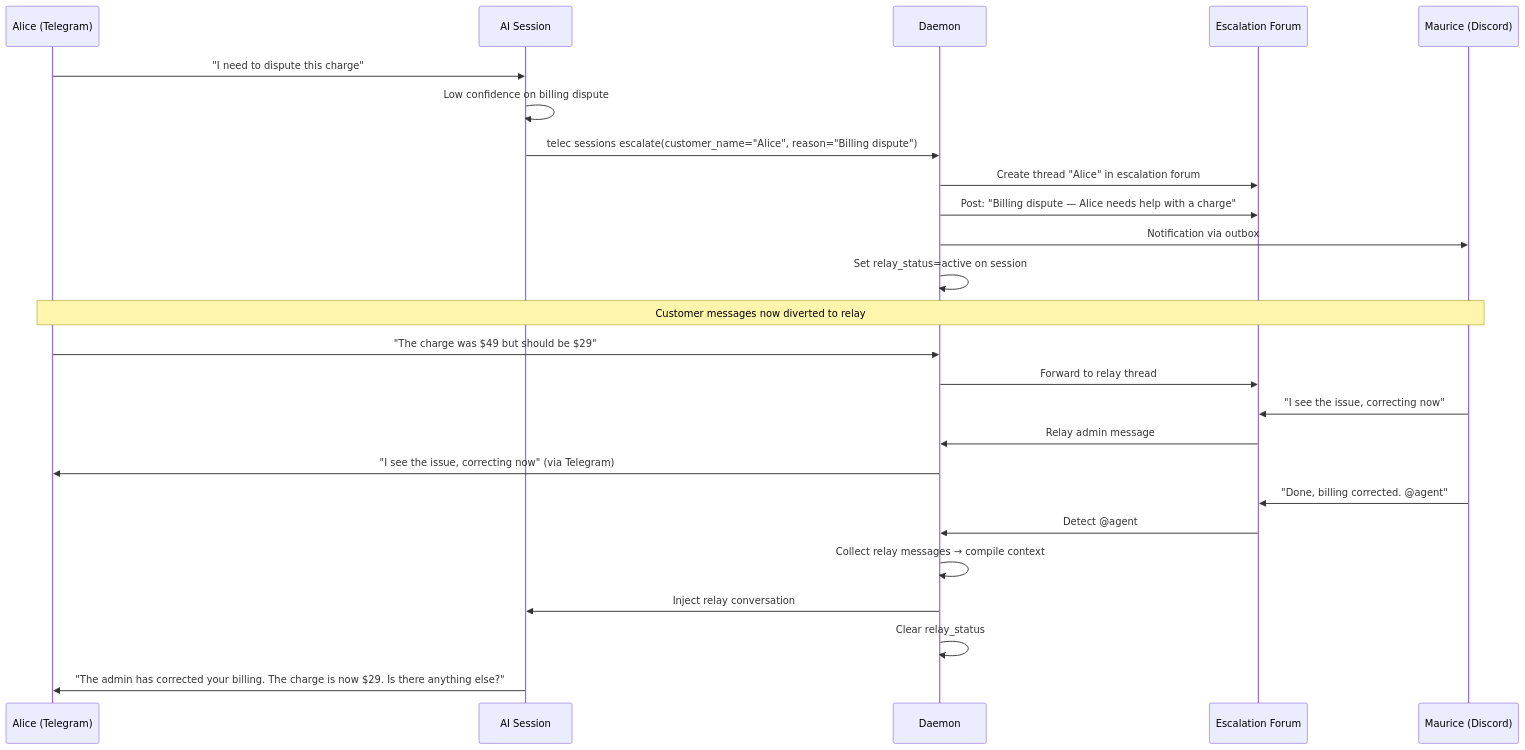
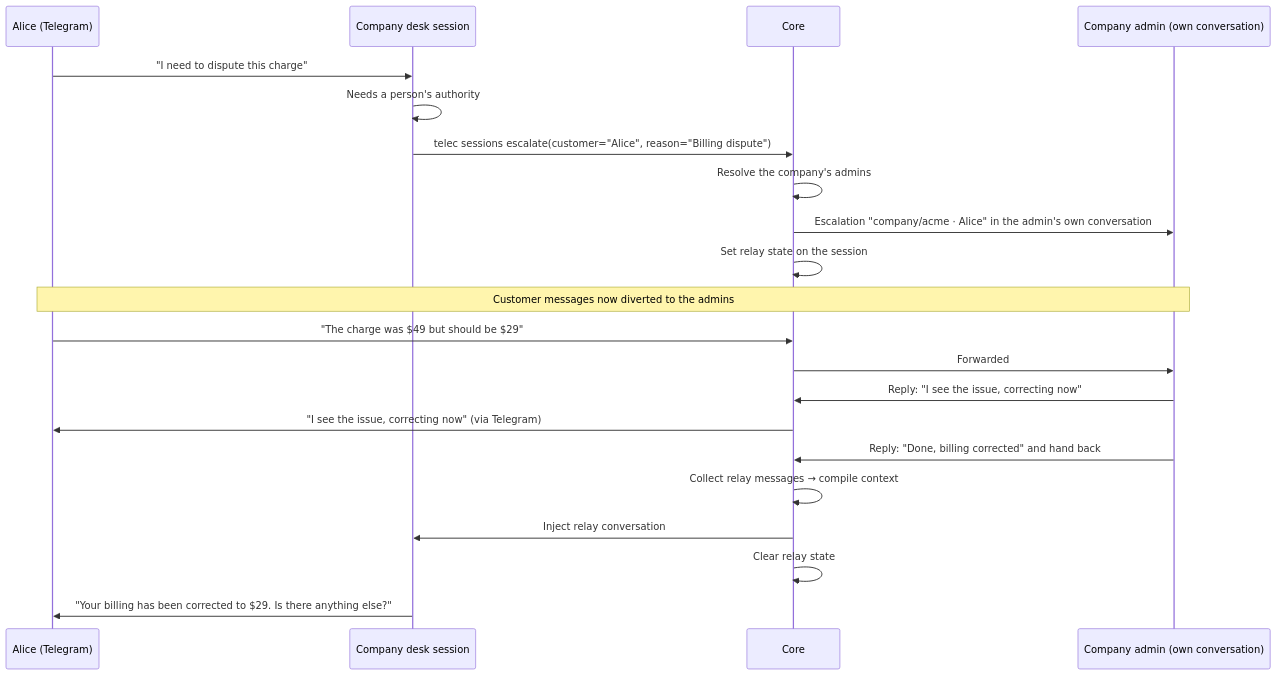
The eighth of 10 diagrams in docs/local/design/architecture/help-desk-platform.md (InstruktAI/TeleClaude), drawn with Mermaid before and after one commit. The commit also changed other lines of this file and 16 other files, not shown here.

````diff
--- a/docs/local/design/architecture/help-desk-platform.md
+++ b/docs/local/design/architecture/help-desk-platform.md
@@ -792,31 +623,27 @@
 ```mermaid
 sequenceDiagram
     participant Customer as Alice (Telegram)
-    participant AI as AI Session
-    participant Daemon
-    participant Discord as Escalation Forum
-    participant Admin as Maurice (Discord)
+    participant AI as Company desk session
+    participant Core
+    participant Admin as Company admin (own conversation)
 
     Customer->>AI: "I need to dispute this charge"
-    AI->>AI: Low confidence on billing dispute
-    AI->>Daemon: telec sessions escalate(customer_name="Alice", reason="Billing dispute")
-    Daemon->>Discord: Create thread "Alice" in escalation forum
-    Daemon->>Discord: Post: "Billing dispute — Alice needs help with a charge"
-    Daemon->>Admin: Notification via outbox
-    Daemon->>Daemon: Set relay_status=active on session
+    AI->>AI: Needs a person's authority
+    AI->>Core: telec sessions escalate(customer="Alice", reason="Billing dispute")
+    Core->>Core: Resolve the company's admins
+    Core->>Admin: Escalation "company/acme · Alice" in the admin's own conversation
+    Core->>Core: Set relay state on the session
 
-    Note over Customer,Admin: Customer messages now diverted to relay
-    Customer->>Daemon: "The charge was $49 but should be $29"
-    Daemon->>Discord: Forward to relay thread
-    Admin->>Discord: "I see the issue, correcting now"
-    Discord->>Daemon: Relay admin message
-    Daemon->>Customer: "I see the issue, correcting now" (via Telegram)
+    Note over Customer,Admin: Customer messages now diverted to the admins
+    Customer->>Core: "The charge was $49 but should be $29"
+    Core->>Admin: Forwarded
+    Admin->>Core: Reply: "I see the issue, correcting now"
+    Core->>Customer: "I see the issue, correcting now" (via Telegram)
 
-    Admin->>Discord: "Done, billing corrected. @agent"
-    Discord->>Daemon: Detect @agent
-    Daemon->>Daemon: Collect relay messages → compile context
-    Daemon->>AI: Inject relay conversation
-    Daemon->>Daemon: Clear relay_status
+    Admin->>Core: Reply: "Done, billing corrected" and hand back
+    Core->>Core: Collect relay messages → compile context
+    Core->>AI: Inject relay conversation
+    Core->>Core: Clear relay state
 
-    AI->>Customer: "The admin has corrected your billing. The charge is now $29. Is there anything else?"
+    AI->>Customer: "Your billing has been corrected to $29. Is there anything else?"
 ```
````
